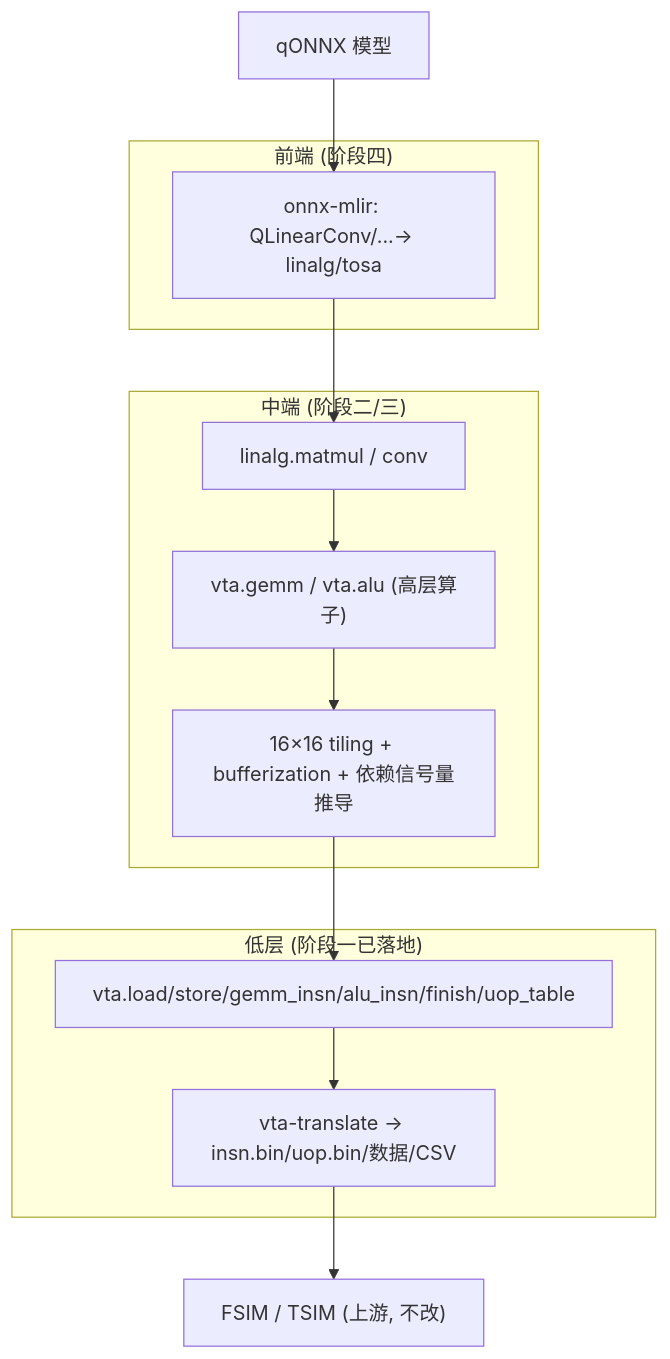
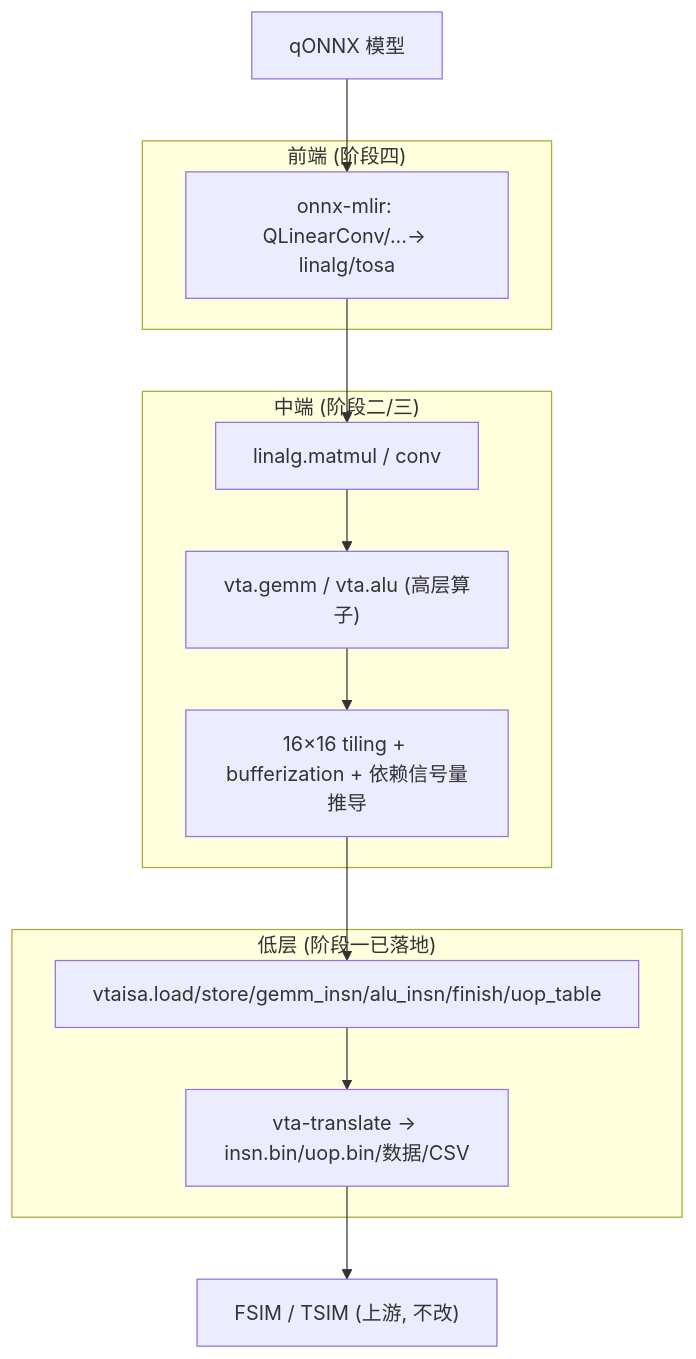
Before and after one commit to yuanshangqing1020/mlir-vta: the first of 3 diagrams in docs/DESIGN_cn.md, drawn with Mermaid. The commit also changed other lines of this file and 25 other files, not shown here.

````diff
--- a/docs/DESIGN_cn.md
+++ b/docs/DESIGN_cn.md
@@ -41,19 +41,19 @@
 ```mermaid
 flowchart TD
     ONNX["qONNX 模型"]
     subgraph FE["前端 (阶段四)"]
       OM["onnx-mlir: QLinearConv/...→ linalg/tosa"]
     end
     subgraph MID["中端 (阶段二/三)"]
       LIN["linalg.matmul / conv"]
       HVTA["vta.gemm / vta.alu (高层算子)"]
       TILE["16×16 tiling + bufferization + 依赖信号量推导"]
     end
     subgraph LOW["低层 (阶段一已落地)"]
-      LVTA["vta.load/store/gemm_insn/alu_insn/finish/uop_table"]
+      LVTA["vtaisa.load/store/gemm_insn/alu_insn/finish/uop_table"]
       BIN["vta-translate → insn.bin/uop.bin/数据/CSV"]
     end
     SIM["FSIM / TSIM (上游, 不改)"]
 
     ONNX --> OM --> LIN --> HVTA --> TILE --> LVTA --> BIN --> SIM
 ```
````
